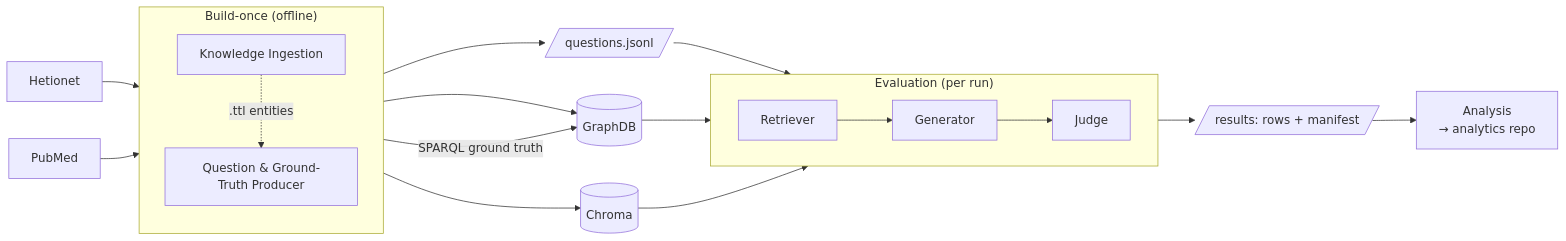
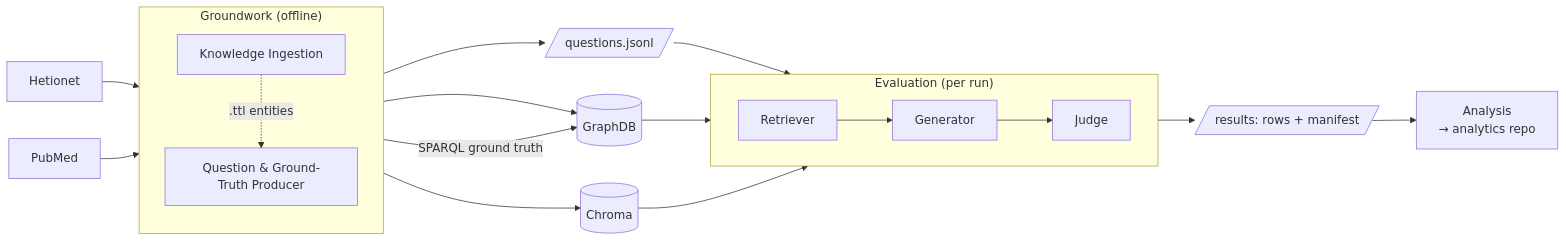
The diagram in README.md (joseph-higaki/biomedical-rag-bench), drawn with Mermaid before and after one commit. The commit also changed other lines of this file and 1 other file, not shown here.

First line of the commit message:
README: rename Build-once phase to Groundwork; phase-tag repo tree; tabular components

````diff
--- a/README.md
+++ b/README.md
@@ -79,28 +33,28 @@
 ```mermaid
 flowchart LR
     hetionet["Hetionet"] --> ki
     pubmed["PubMed"] --> ki
 
-    subgraph build["Build-once (offline)"]
+    subgraph build["Groundwork (offline)"]
         direction TB
         ki["Knowledge Ingestion"]
         prod["Question & Ground-Truth Producer"]
     end
 
     ki --> graphdb[("GraphDB")]
     ki --> chroma[("Chroma")]
     ki -.->|.ttl entities| prod
     prod -->|SPARQL ground truth| graphdb
     prod --> q[/"questions.jsonl"/]
 
     subgraph evalrun["Evaluation (per run)"]
         direction LR
         retr["Retriever"] --> gen["Generator"] --> jud["Judge"]
     end
 
     q --> retr
     graphdb --> retr
     chroma --> retr
     jud --> res[/"results: rows + manifest"/]
     res --> ana["Analysis<br/>→ analytics repo"]
 ```
````
